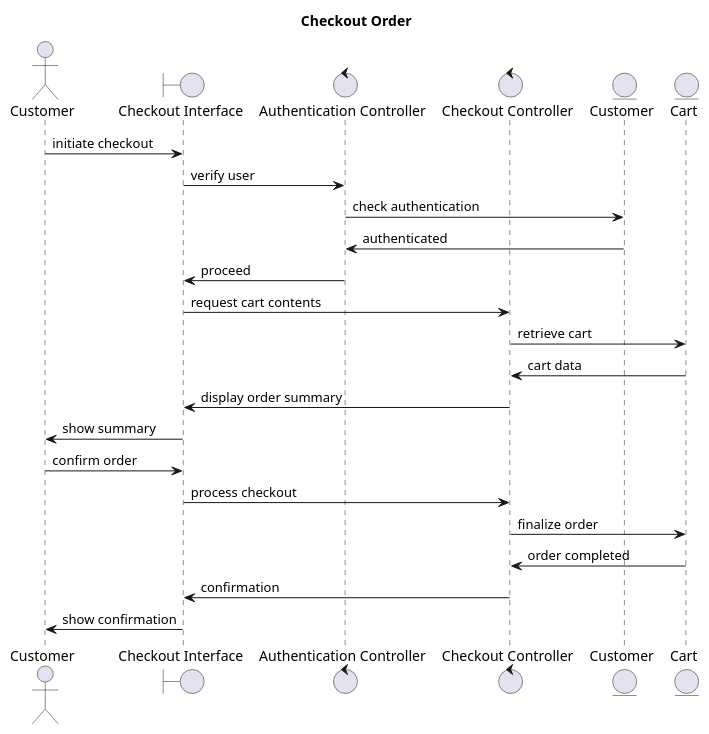
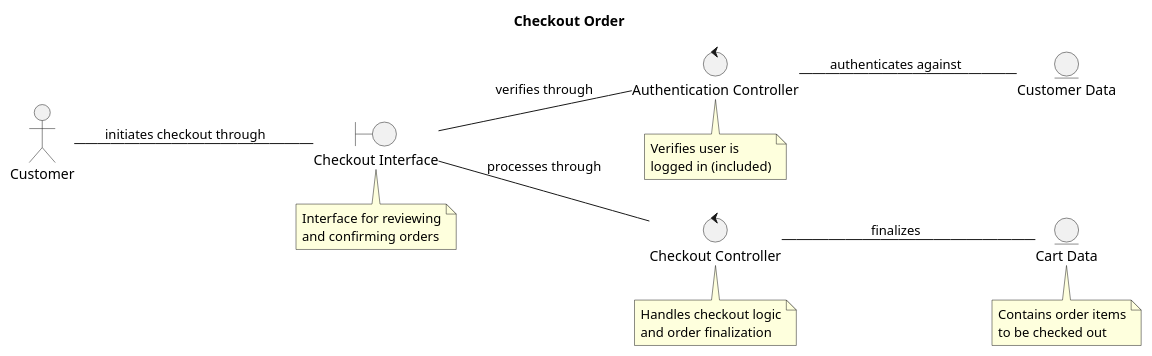
One commit to nongxu/CSCI_6234_Spring_2026_G02 changed the diagram in Analysis/CheckoutOrder_Robustness/CheckoutOrder_Robustness.puml. Above: the diagram before and after it, drawn with PlantUML. The commit also changed 14 other files, not shown here.

```diff
--- a/Analysis/CheckoutOrder_Robustness/CheckoutOrder_Robustness.puml
+++ b/Analysis/CheckoutOrder_Robustness/CheckoutOrder_Robustness.puml
@@ -1,37 +1,46 @@
 @startuml
+left to right direction
+
 title Checkout Order
 
 actor Customer
 
 ' Boundary Object
 boundary "Checkout Interface" as checkoutUI
 
 ' Control Object
 control "Authentication Controller" as authCtrl
 control "Checkout Controller" as checkoutCtrl
 
 ' Entity Object
-entity "Customer" as customerEntity
-entity "Cart" as cart
+entity "Customer Data" as customerEntity
+entity "Cart Data" as cart
 
-' Flow - Authentication
-Customer -> checkoutUI : initiate checkout
-checkoutUI -> authCtrl : verify user
-authCtrl -> customerEntity : check authentication
-customerEntity -> authCtrl : authenticated
-authCtrl -> checkoutUI : proceed
+' Relationships
+Customer -- checkoutUI : initiates checkout through
+checkoutUI -- authCtrl : verifies through
+checkoutUI -- checkoutCtrl : processes through
+authCtrl -- customerEntity : authenticates against
+checkoutCtrl -- cart : finalizes
 
-' Flow - Checkout
-checkoutUI -> checkoutCtrl : request cart contents
-checkoutCtrl -> cart : retrieve cart
-cart -> checkoutCtrl : cart data
-checkoutCtrl -> checkoutUI : display order summary
-checkoutUI -> Customer : show summary
-Customer -> checkoutUI : confirm order
-checkoutUI ->checkoutCtrl : process checkout
-checkoutCtrl -> cart : finalize order
-cart -> checkoutCtrl : order completed
-checkoutCtrl -> checkoutUI : confirmation
-checkoutUI -> Customer : show confirmation
+note bottom of checkoutUI
+    Interface for reviewing
+    and confirming orders
+end note
+
+note bottom of authCtrl
+    Verifies user is 
+    logged in (included)
+end note
+
+note bottom of checkoutCtrl
+    Handles checkout logic
+    and order finalization
+end note
+
+note bottom of cart
+    Contains order items
+    to be checked out
+end note
 
 @enduml
```
